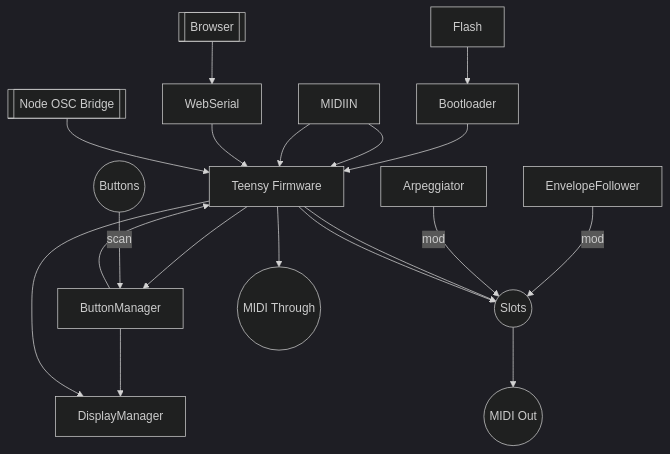
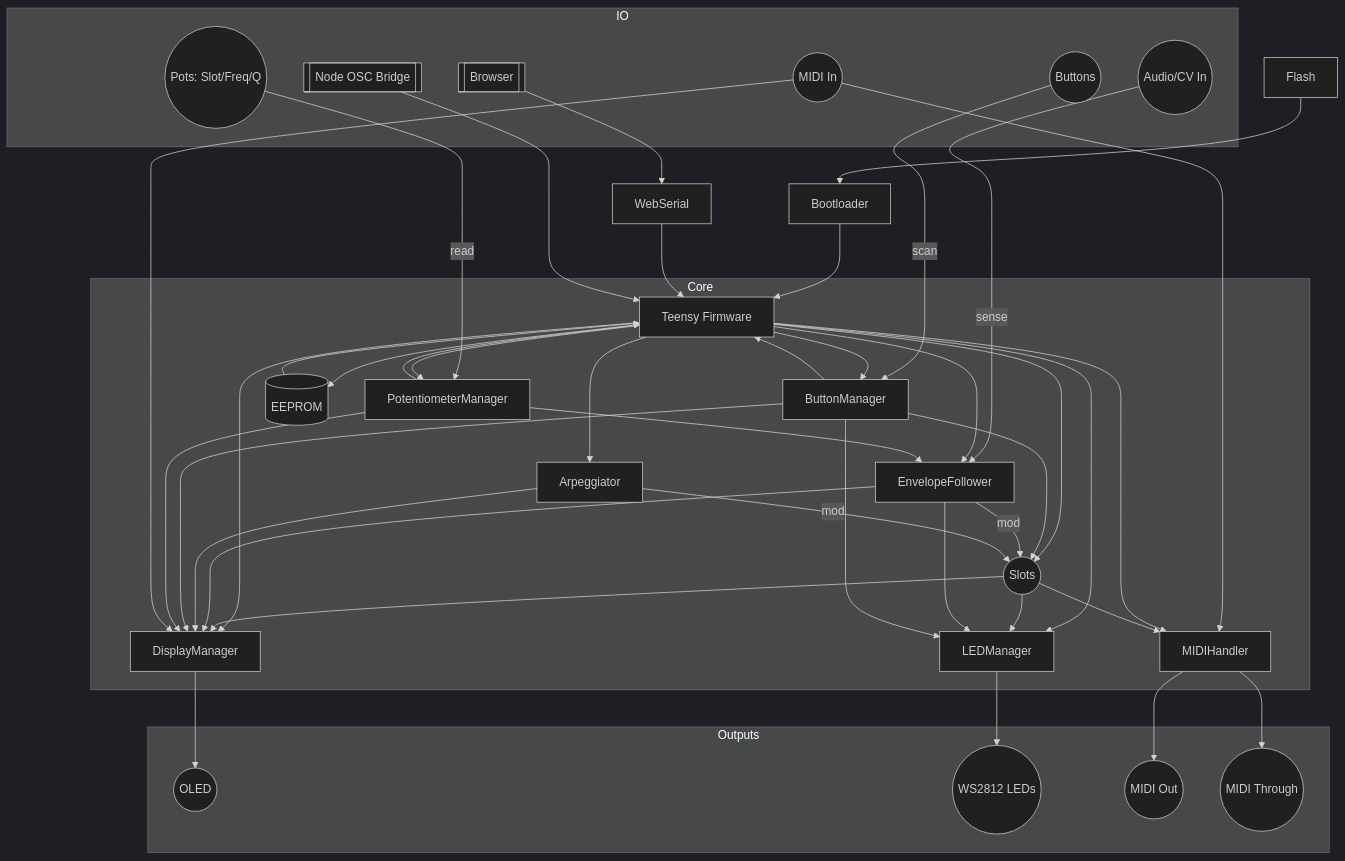
One commit to bseverns/MOARkNOBS-42 changed the diagram in firmware/README.md. Above: the diagram before and after it, drawn with Mermaid (dark theme). The commit also changed other lines of this file, not shown here.

Commit message:
docs: map firmware module spiderweb

````diff
--- a/firmware/README.md
+++ b/firmware/README.md
@@ -136,14 +140,73 @@
 ```mermaid
 flowchart TD
   Flash --> Loader[Bootloader] --> FW[Teensy Firmware]
-  FW --> BM[ButtonManager] --> DM[DisplayManager]
-  Buttons((Buttons)) -->|scan| BM --> FW
-  EF[EnvelopeFollower] -->|mod| Slots((Slots))
-  ARP[Arpeggiator] -->|mod| Slots((Slots))
-  MIDIIN --> FW --> DM[DisplayManager]
-  MIDIIN --> FW --> Slots((Slots))
-  Browser[[Browser]] --> WebSerial --> FW
-  NodeOSC[[Node OSC Bridge]] --> FW
-  FW --> Slots((Slots)) --> MIDIOut((MIDI Out))
-  FW --> MIDIThrough((MIDI Through))
+
+  subgraph IO
+    Buttons((Buttons))
+    Pots((Pots: Slot/Freq/Q))
+    AudioIn((Audio/CV In))
+    MIDIIN((MIDI In))
+    Browser[[Browser]]
+    NodeOSC[[Node OSC Bridge]]
+  end
+
+  subgraph Core
+    FW
+    BM[ButtonManager]
+    PM[PotentiometerManager]
+    EF[EnvelopeFollower]
+    ARP[Arpeggiator]
+    MM[MIDIHandler]
+    DM[DisplayManager]
+    LM[LEDManager]
+    Slots((Slots))
+    EEPROM[(EEPROM)]
+  end
+
+  subgraph Outputs
+    OLED((OLED))
+    LEDs((WS2812 LEDs))
+    MIDIOut((MIDI Out))
+    MIDIThrough((MIDI Through))
+  end
+
+  Buttons -->|scan| BM
+  Pots -->|read| PM
+  AudioIn -->|sense| EF
+  MIDIIN --> MM
+  Browser --> WebSerial --> FW
+  NodeOSC --> FW
+
+  BM --> FW
+  PM --> FW
+  FW --> BM
+  FW --> PM
+  FW --> EF
+  FW --> ARP
+  FW --> MM
+  FW --> DM
+  FW --> LM
+  FW --> Slots
+  FW --> EEPROM
+  EEPROM --> FW
+
+  BM --> Slots
+  PM --> EF
+  EF -->|mod| Slots
+  ARP -->|mod| Slots
+  Slots --> MM
+  Slots --> LM
+  Slots --> DM
+  EF --> LM
+  EF --> DM
+  ARP --> DM
+  BM --> DM
+  BM --> LM
+  PM --> DM
+  MIDIIN --> DM
+
+  MM --> MIDIOut
+  MM --> MIDIThrough
+  DM --> OLED
+  LM --> LEDs
 ```
````
